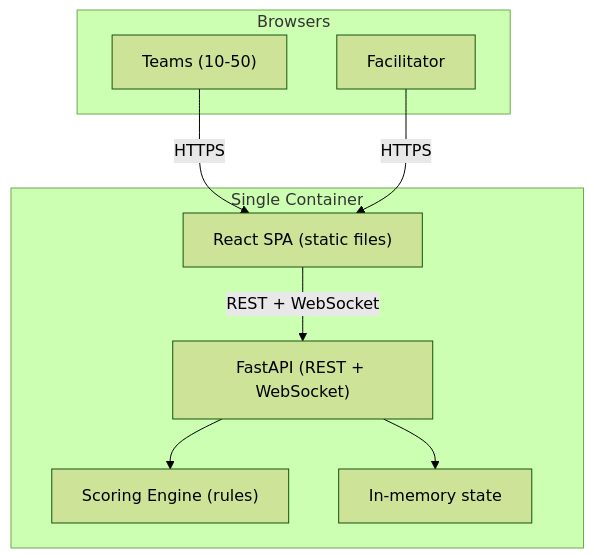
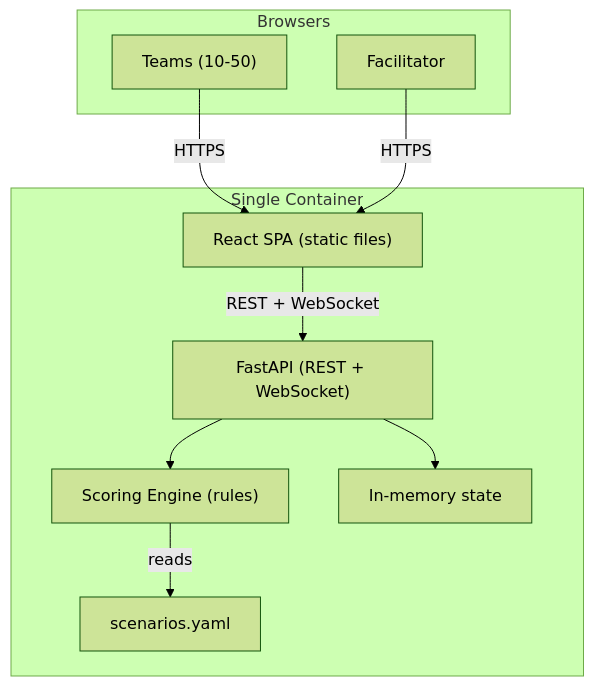
Before and after one commit to gsampaio-rh/matrix-harden-the-box: the first of 2 diagrams in docs/ARCHITECTURE.md, drawn with Mermaid (forest theme). The commit also changed other lines of this file and 26 other files, not shown here.

````diff
--- a/docs/ARCHITECTURE.md
+++ b/docs/ARCHITECTURE.md
@@ -11,20 +11,22 @@
 ```mermaid
 graph TB
     subgraph browsers ["Browsers"]
         TeamBrowser["Teams (10-50)"]
         FacBrowser["Facilitator"]
     end
 
     subgraph container ["Single Container"]
         SPA["React SPA (static files)"]
         API["FastAPI (REST + WebSocket)"]
         Engine["Scoring Engine (rules)"]
+        YAML["scenarios.yaml"]
         State["In-memory state"]
     end
 
     TeamBrowser -->|"HTTPS"| SPA
     FacBrowser -->|"HTTPS"| SPA
     SPA -->|"REST + WebSocket"| API
     API --> Engine
+    Engine -->|"reads"| YAML
     API --> State
 ```
````
